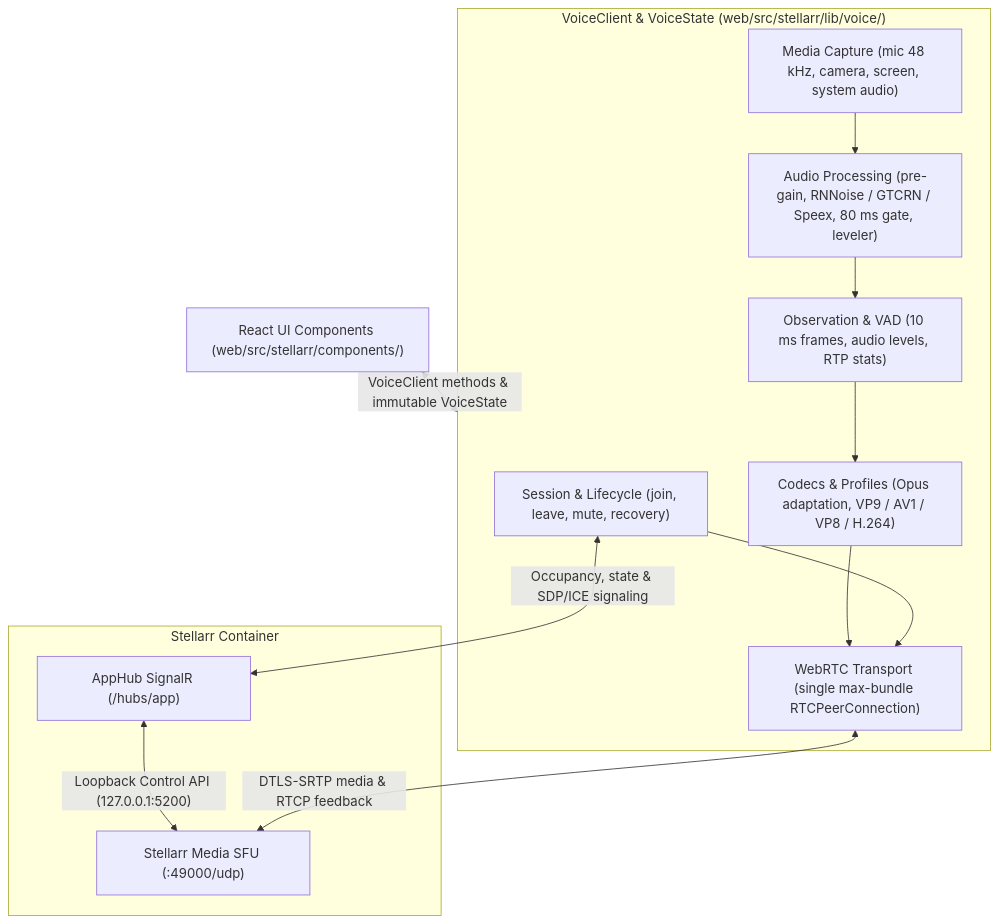
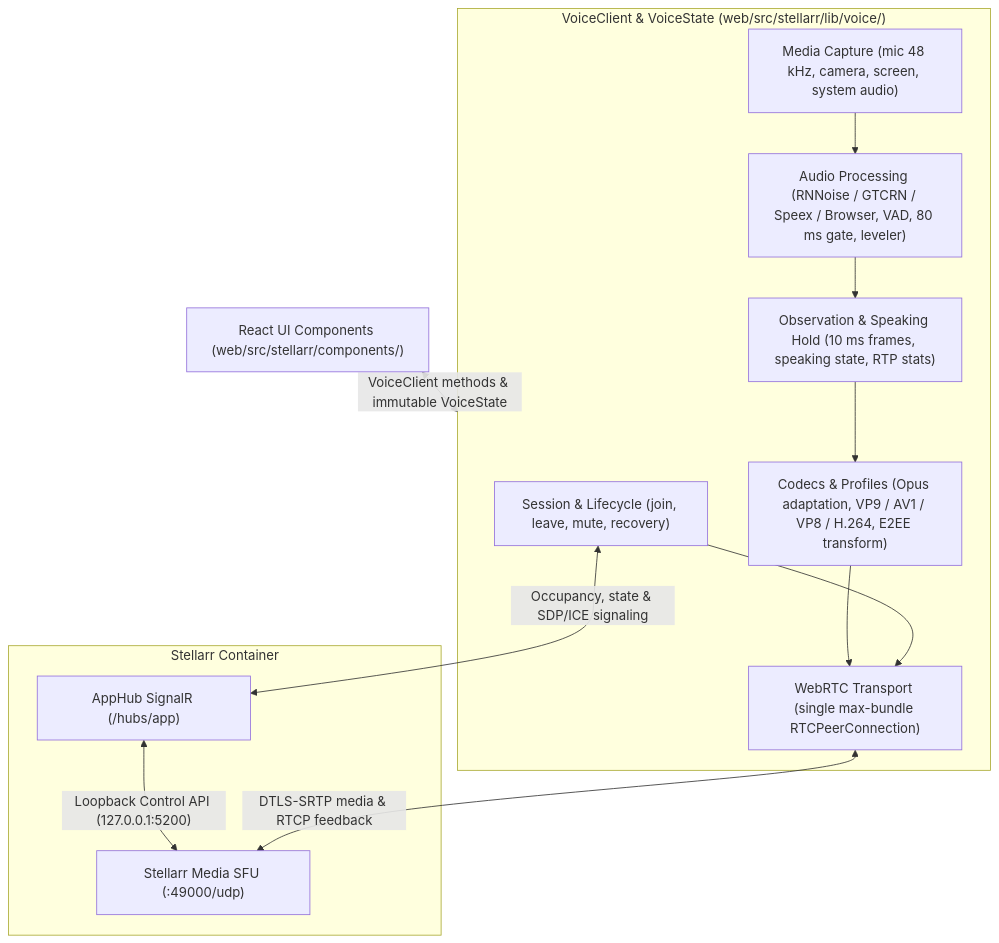
One commit to Arkazzae/Stellar changed the first of 2 diagrams in docs/rtc-protocol.md. Above: the diagram before and after it, drawn with Mermaid. The commit also changed other lines of this file and 31 other files, not shown here.

````diff
--- a/docs/rtc-protocol.md
+++ b/docs/rtc-protocol.md
@@ -7,26 +7,26 @@
 ```mermaid
 flowchart TD
     UI["React UI Components (web/src/stellarr/components/)"]
 
     subgraph Client["VoiceClient & VoiceState (web/src/stellarr/lib/voice/)"]
         Lifecycle["Session & Lifecycle (join, leave, mute, recovery)"]
         Capture["Media Capture (mic 48 kHz, camera, screen, system audio)"]
-        DSP["Audio Processing (pre-gain, RNNoise / GTCRN / Speex, 80 ms gate, leveler)"]
-        VAD["Observation & VAD (10 ms frames, audio levels, RTP stats)"]
-        Codecs["Codecs & Profiles (Opus adaptation, VP9 / AV1 / VP8 / H.264)"]
+        DSP["Audio Processing (RNNoise / GTCRN / Speex / Browser, VAD, 80 ms gate, leveler)"]
+        VAD["Observation & Speaking Hold (10 ms frames, speaking state, RTP stats)"]
+        Codecs["Codecs & Profiles (Opus adaptation, VP9 / AV1 / VP8 / H.264, E2EE transform)"]
         Transport["WebRTC Transport (single max-bundle RTCPeerConnection)"]
 
         Capture --> DSP --> VAD --> Codecs --> Transport
         Lifecycle --> Transport
     end
 
     subgraph Server["Stellarr Container"]
         Hub["AppHub SignalR (/hubs/app)"]
         SFU["Stellarr Media SFU (:49000/udp)"]
         Hub <-->|"Loopback Control API (127.0.0.1:5200)"| SFU
     end
 
     UI <-->|"VoiceClient methods & immutable VoiceState"| Client
     Lifecycle <-->|"Occupancy, state & SDP/ICE signaling"| Hub
     Transport <-->|"DTLS-SRTP media & RTCP feedback"| SFU
 ```
````
